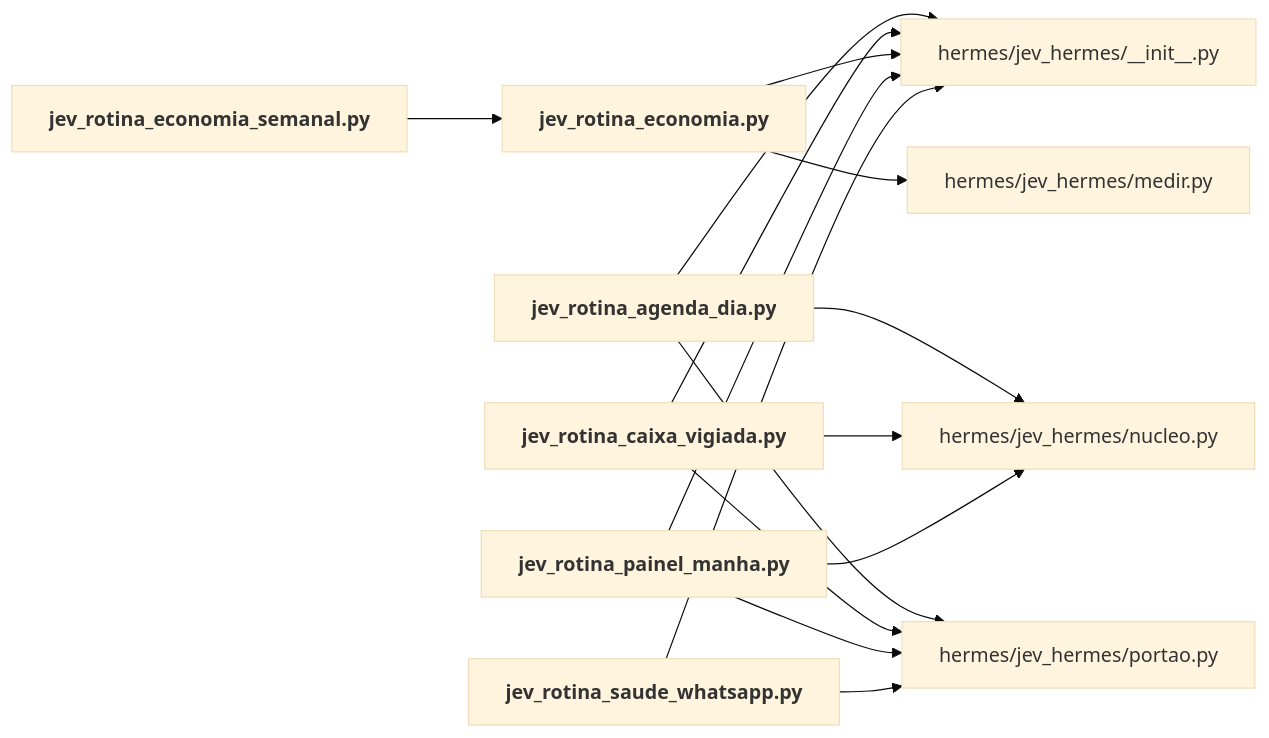
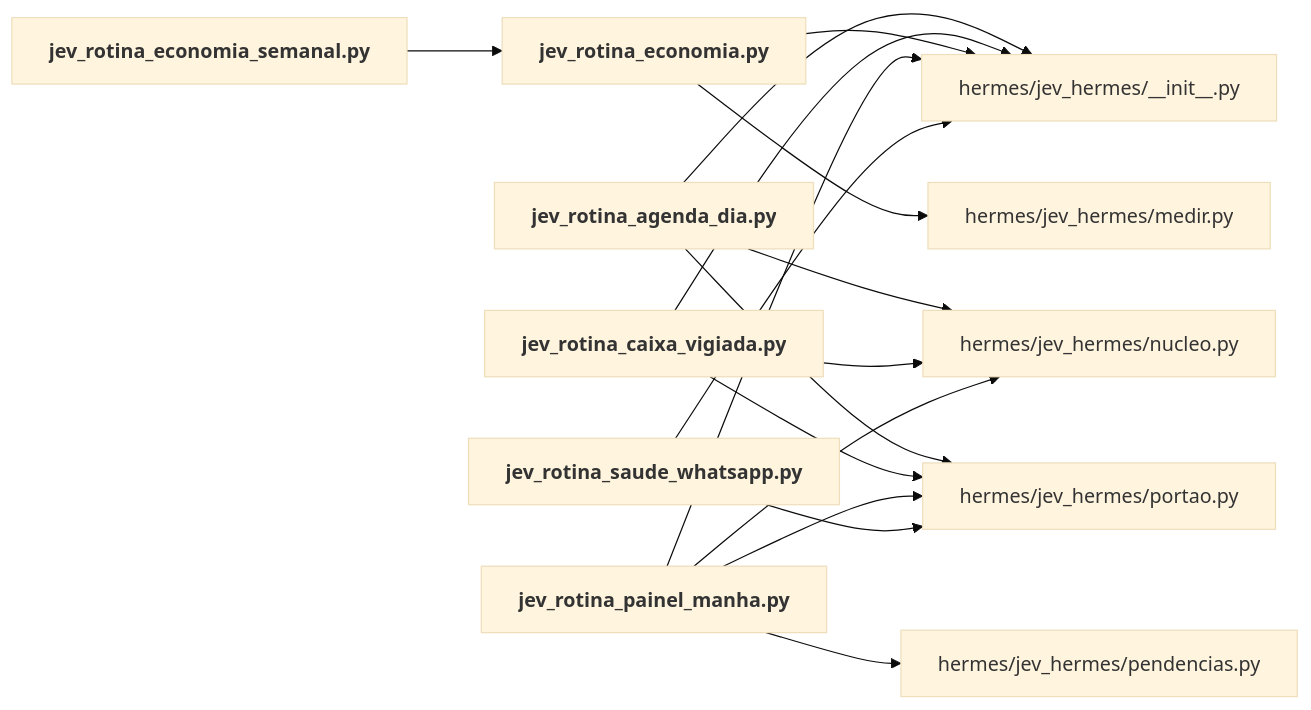
One commit to igormorais123/JEV changed the diagram in mapa/pastas/hermes__rotinas.md. Above: the diagram before and after it, drawn with Mermaid (base theme). The commit also changed other lines of this file and 47 other files, not shown here.

````diff
--- a/mapa/pastas/hermes__rotinas.md
+++ b/mapa/pastas/hermes__rotinas.md
@@ -22,27 +22,29 @@
 ```mermaid
 flowchart LR
   n_hermes_jev_hermes___init___py["hermes/jev_hermes/__init__.py"]
   n_hermes_jev_hermes_medir_py["hermes/jev_hermes/medir.py"]
   n_hermes_jev_hermes_nucleo_py["hermes/jev_hermes/nucleo.py"]
+  n_hermes_jev_hermes_pendencias_py["hermes/jev_hermes/pendencias.py"]
   n_hermes_jev_hermes_portao_py["hermes/jev_hermes/portao.py"]
   n_hermes_rotinas_jev_rotina_agenda_dia_py["<b>jev_rotina_agenda_dia.py</b>"]
   n_hermes_rotinas_jev_rotina_caixa_vigiada_py["<b>jev_rotina_caixa_vigiada.py</b>"]
   n_hermes_rotinas_jev_rotina_economia_py["<b>jev_rotina_economia.py</b>"]
   n_hermes_rotinas_jev_rotina_economia_semanal_py["<b>jev_rotina_economia_semanal.py</b>"]
   n_hermes_rotinas_jev_rotina_painel_manha_py["<b>jev_rotina_painel_manha.py</b>"]
   n_hermes_rotinas_jev_rotina_saude_whatsapp_py["<b>jev_rotina_saude_whatsapp.py</b>"]
   n_hermes_rotinas_jev_rotina_agenda_dia_py --> n_hermes_jev_hermes___init___py
   n_hermes_rotinas_jev_rotina_agenda_dia_py --> n_hermes_jev_hermes_nucleo_py
   n_hermes_rotinas_jev_rotina_agenda_dia_py --> n_hermes_jev_hermes_portao_py
   n_hermes_rotinas_jev_rotina_caixa_vigiada_py --> n_hermes_jev_hermes___init___py
   n_hermes_rotinas_jev_rotina_caixa_vigiada_py --> n_hermes_jev_hermes_nucleo_py
   n_hermes_rotinas_jev_rotina_caixa_vigiada_py --> n_hermes_jev_hermes_portao_py
   n_hermes_rotinas_jev_rotina_economia_py --> n_hermes_jev_hermes___init___py
   n_hermes_rotinas_jev_rotina_economia_py --> n_hermes_jev_hermes_medir_py
   n_hermes_rotinas_jev_rotina_economia_semanal_py --> n_hermes_rotinas_jev_rotina_economia_py
   n_hermes_rotinas_jev_rotina_painel_manha_py --> n_hermes_jev_hermes___init___py
   n_hermes_rotinas_jev_rotina_painel_manha_py --> n_hermes_jev_hermes_nucleo_py
+  n_hermes_rotinas_jev_rotina_painel_manha_py --> n_hermes_jev_hermes_pendencias_py
   n_hermes_rotinas_jev_rotina_painel_manha_py --> n_hermes_jev_hermes_portao_py
   n_hermes_rotinas_jev_rotina_saude_whatsapp_py --> n_hermes_jev_hermes___init___py
   n_hermes_rotinas_jev_rotina_saude_whatsapp_py --> n_hermes_jev_hermes_portao_py
 ```
````
